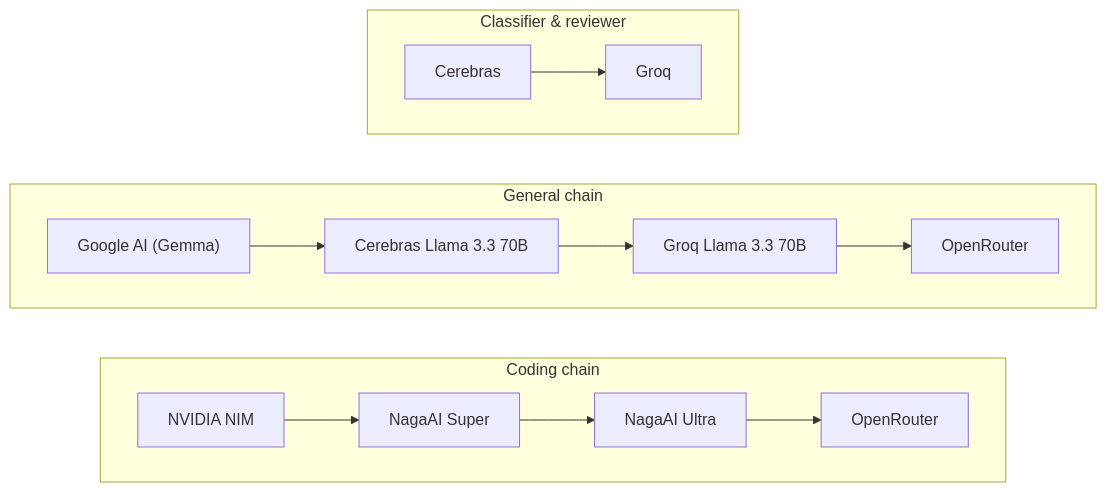
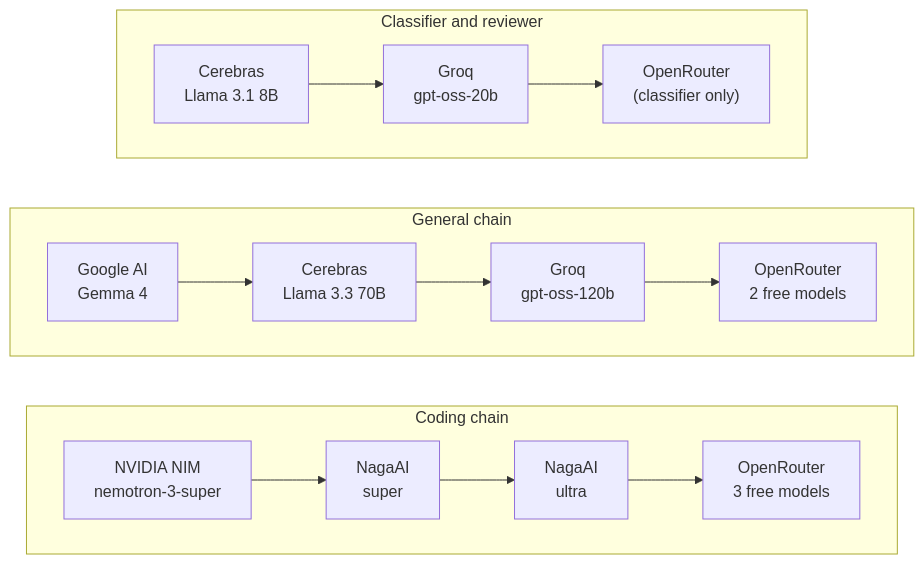
One commit to basavarajpatil660/cloudflare-autonomous-agent changed the second of 4 diagrams in README.md. Above: the diagram before and after it, drawn with Mermaid. The commit also changed other lines of this file, not shown here.

````diff
--- a/README.md
+++ b/README.md
@@ -68,17 +124,17 @@
 ```mermaid
 flowchart LR
     subgraph Coding["Coding chain"]
         direction LR
-        C1["NVIDIA NIM"] --> C2["NagaAI Super"] --> C3["NagaAI Ultra"] --> C4["OpenRouter"]
+        C1["NVIDIA NIM<br/>nemotron-3-super"] --> C2["NagaAI<br/>super"] --> C3["NagaAI<br/>ultra"] --> C4["OpenRouter<br/>3 free models"]
     end
 
     subgraph General["General chain"]
         direction LR
-        G1["Google AI (Gemma)"] --> G2["Cerebras Llama 3.3 70B"] --> G3["Groq Llama 3.3 70B"] --> G4["OpenRouter"]
+        G1["Google AI<br/>Gemma 4"] --> G2["Cerebras<br/>Llama 3.3 70B"] --> G3["Groq<br/>gpt-oss-120b"] --> G4["OpenRouter<br/>2 free models"]
     end
 
-    subgraph ClassifierReviewer["Classifier & reviewer"]
+    subgraph Small["Classifier and reviewer"]
         direction LR
-        R1["Cerebras"] --> R2["Groq"]
+        R1["Cerebras<br/>Llama 3.1 8B"] --> R2["Groq<br/>gpt-oss-20b"] --> R3["OpenRouter<br/>(classifier only)"]
     end
 ```
````
